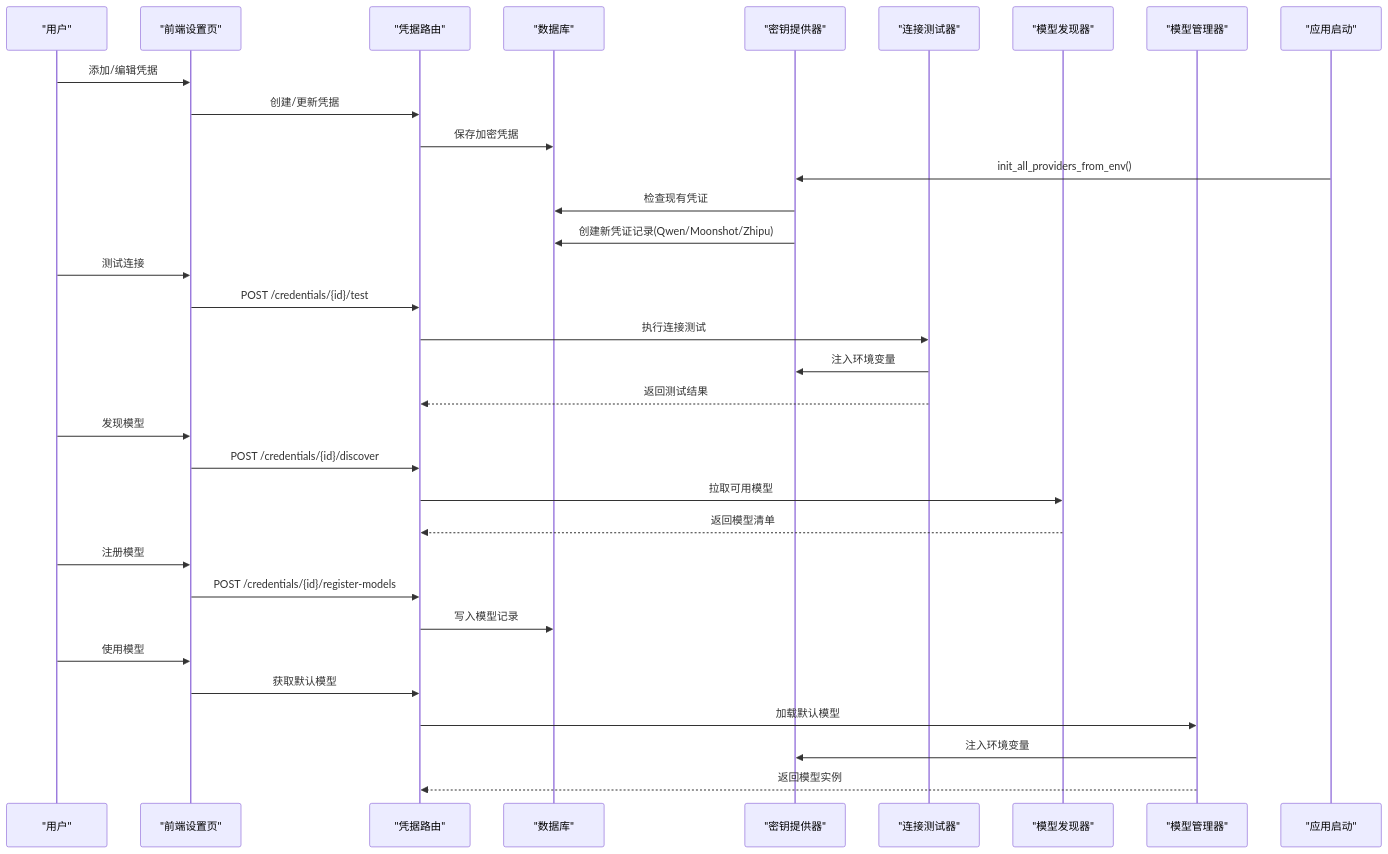
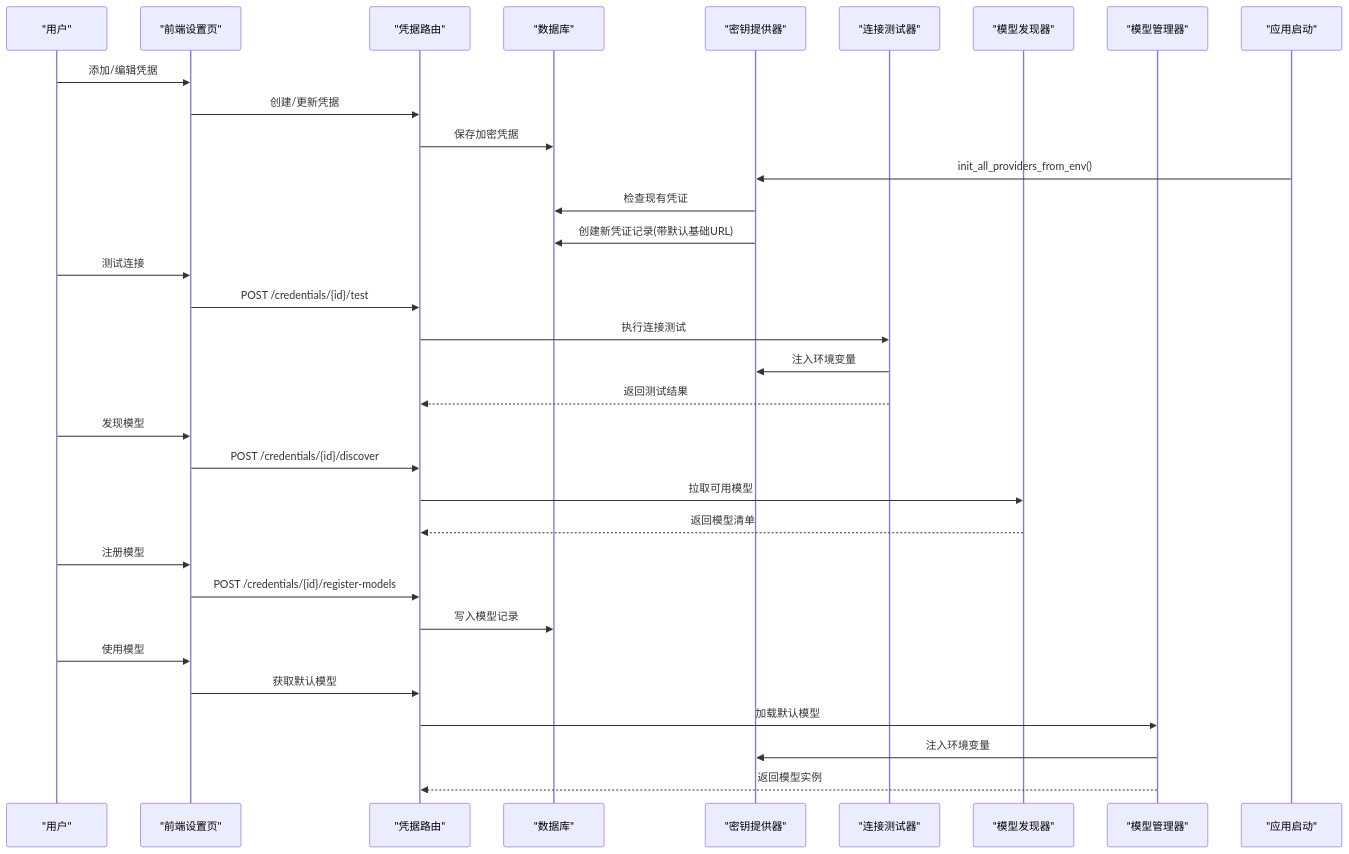
Before and after one commit to jackeyunjie/open-notebook: the second of 8 diagrams in .qoder/repowiki/zh/content/配置管理/AI提供商配置/AI提供商配置.md, drawn with Mermaid. The commit also changed other lines of this file and 89 other files, not shown here.

````diff
--- a/.qoder/repowiki/zh/content/配置管理/AI提供商配置/AI提供商配置.md
+++ b/.qoder/repowiki/zh/content/配置管理/AI提供商配置/AI提供商配置.md
@@ -120,35 +119,35 @@
 ```mermaid
 sequenceDiagram
 participant U as "用户"
 participant FE as "前端设置页"
 participant API as "凭据路由"
 participant DB as "数据库"
 participant K as "密钥提供器"
 participant CT as "连接测试器"
 participant MD as "模型发现器"
 participant MM as "模型管理器"
 participant Main as "应用启动"
 U->>FE : 添加/编辑凭据
 FE->>API : 创建/更新凭据
 API->>DB : 保存加密凭据
 Main->>K : init_all_providers_from_env()
 K->>DB : 检查现有凭证
-K->>DB : 创建新凭证记录(Qwen/Moonshot/Zhipu)
+K->>DB : 创建新凭证记录(带默认基础URL)
 U->>FE : 测试连接
 FE->>API : POST /credentials/{id}/test
 API->>CT : 执行连接测试
 CT->>K : 注入环境变量
 CT-->>API : 返回测试结果
 U->>FE : 发现模型
 FE->>API : POST /credentials/{id}/discover
 API->>MD : 拉取可用模型
 MD-->>API : 返回模型清单
 U->>FE : 注册模型
 FE->>API : POST /credentials/{id}/register-models
 API->>DB : 写入模型记录
 U->>FE : 使用模型
 FE->>API : 获取默认模型
 API->>MM : 加载默认模型
 MM->>K : 注入环境变量
 MM-->>API : 返回模型实例
 ```
````
